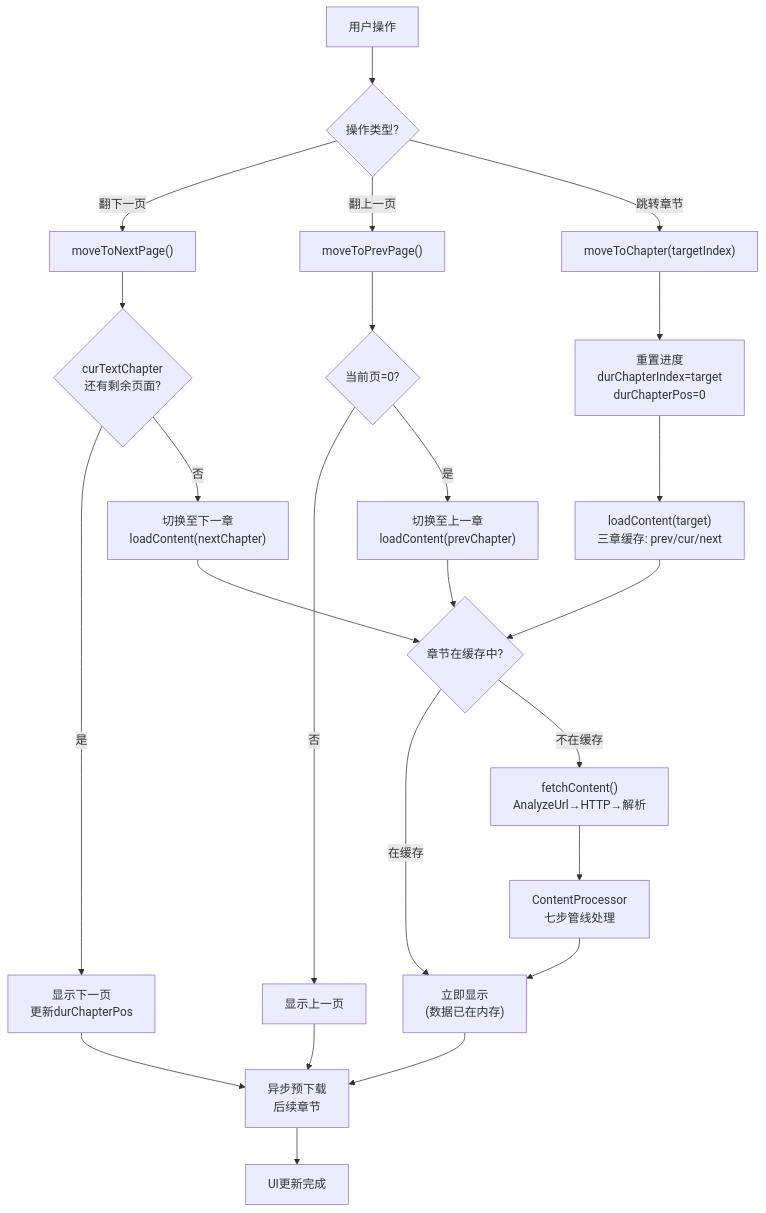
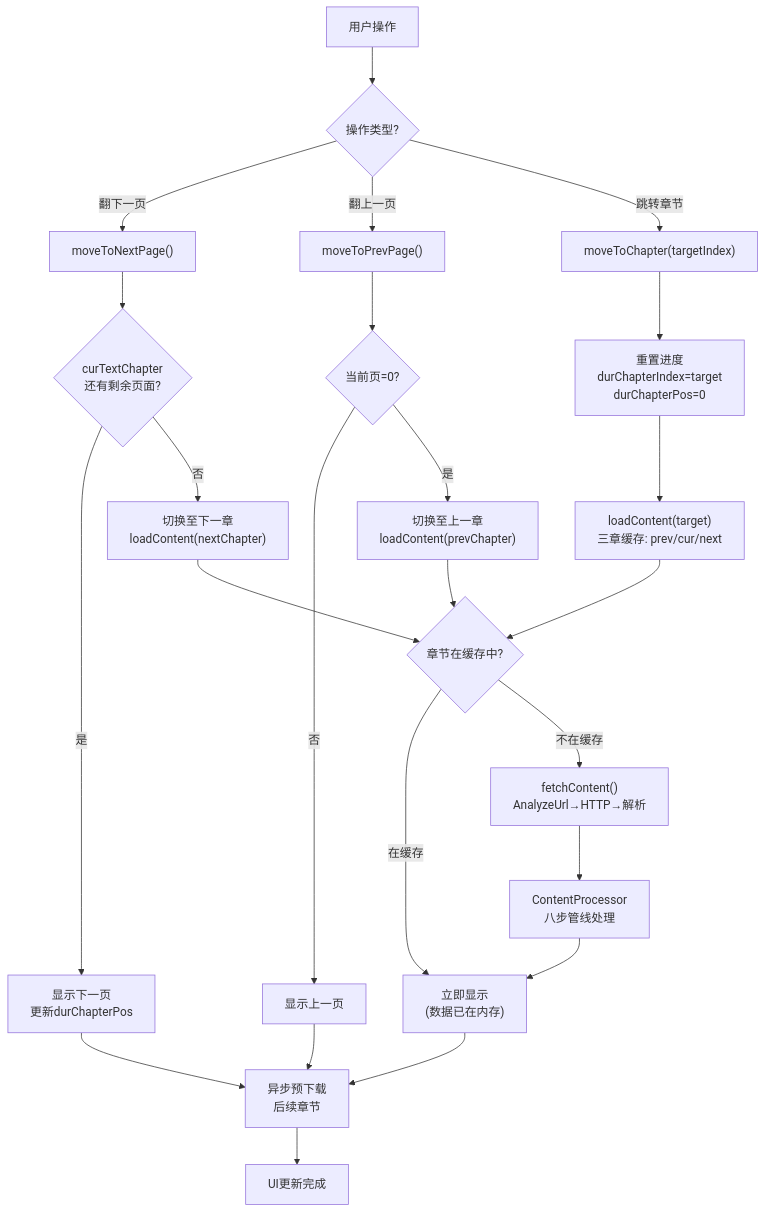
Before and after one commit to legado-backup/legado-m: the second of 2 diagrams in docs/project-flow/modules/reading-engine.md, drawn with Mermaid. The commit also changed 28 other files, not shown here.

````diff
--- a/docs/project-flow/modules/reading-engine.md
+++ b/docs/project-flow/modules/reading-engine.md
@@ -49,38 +49,38 @@
 ```mermaid
 %%{init: {'themeVariables': {'fontFamily': 'Microsoft YaHei, SimHei, sans-serif'}}}%%
 flowchart TD
     START["用户操作"]
 
     START --> NEXT{"操作类型?"}
 
     NEXT --> |"翻下一页"| PN["moveToNextPage()"]
     NEXT --> |"翻上一页"| PP["moveToPrevPage()"]
     NEXT --> |"跳转章节"| JC["moveToChapter(targetIndex)"]
 
     PN --> CHECK{"curTextChapter<br/>还有剩余页面?"}
     CHECK --> |"是"| DISPLAY["显示下一页<br/>更新durChapterPos"]
     CHECK --> |"否"| LOAD_NEXT["切换至下一章<br/>loadContent(nextChapter)"]
 
     PP --> CHECK_PREV{"当前页=0?"}
     CHECK_PREV --> |"否"| DISPLAY_PREV["显示上一页"]
     CHECK_PREV --> |"是"| LOAD_PREV["切换至上一章<br/>loadContent(prevChapter)"]
 
     JC --> RESET["重置进度<br/>durChapterIndex=target<br/>durChapterPos=0"]
     RESET --> LOAD_TARGET["loadContent(target)<br/>三章缓存: prev/cur/next"]
 
     LOAD_NEXT --> CACHE{"章节在缓存中?"}
     LOAD_PREV --> CACHE
     LOAD_TARGET --> CACHE
 
     CACHE --> |"在缓存"| QUICK["立即显示<br/>(数据已在内存)"]
     CACHE --> |"不在缓存"| FETCH["fetchContent()<br/>AnalyzeUrl→HTTP→解析"]
 
-    FETCH --> PROCESS["ContentProcessor<br/>七步管线处理"]
+    FETCH --> PROCESS["ContentProcessor<br/>八步管线处理"]
     PROCESS --> QUICK
 
     QUICK --> PREDOWNLOAD["异步预下载<br/>后续章节"]
     PREDOWNLOAD --> DONE["UI更新完成"]
 
     DISPLAY --> PREDOWNLOAD
     DISPLAY_PREV --> PREDOWNLOAD
 ```
````
